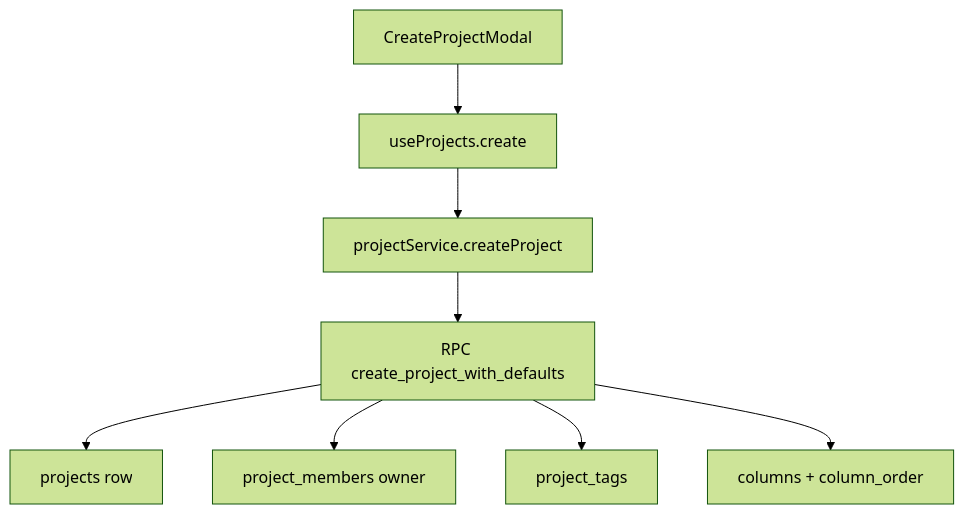
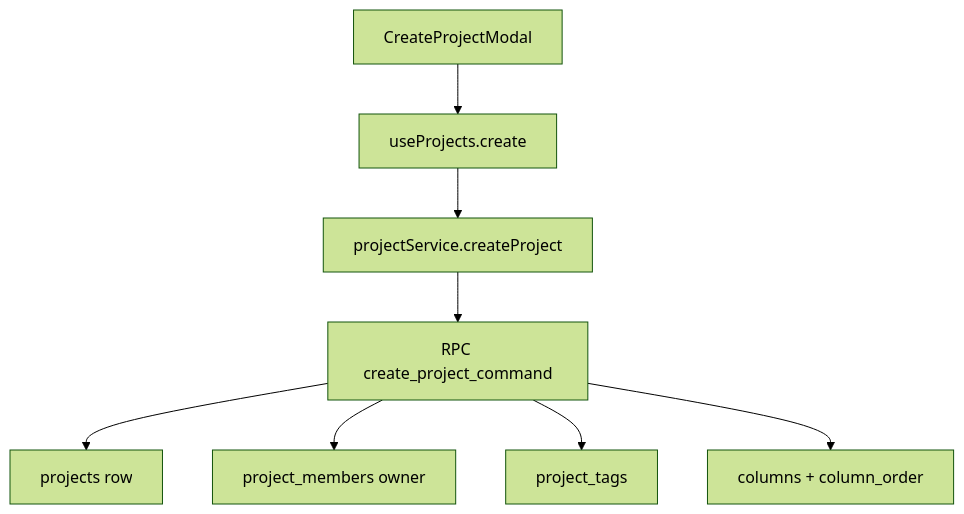
The diagram in src/features/projects/CODEX.md (hannahNchan/nexuxplanner), drawn with Mermaid (forest theme) before and after one commit. The commit also changed other lines of this file and 50 other files, not shown here.

Commit message:
added roadmap with mermaid, and premium functions

````diff
--- a/src/features/projects/CODEX.md
+++ b/src/features/projects/CODEX.md
@@ -21,10 +23,10 @@
 ```mermaid
 flowchart TD
   A["CreateProjectModal"] --> B["useProjects.create"]
   B --> C["projectService.createProject"]
-  C --> D["RPC create_project_with_defaults"]
+  C --> D["RPC create_project_command"]
   D --> E["projects row"]
   D --> F["project_members owner"]
   D --> G["project_tags"]
   D --> H["columns + column_order"]
 ```
````
